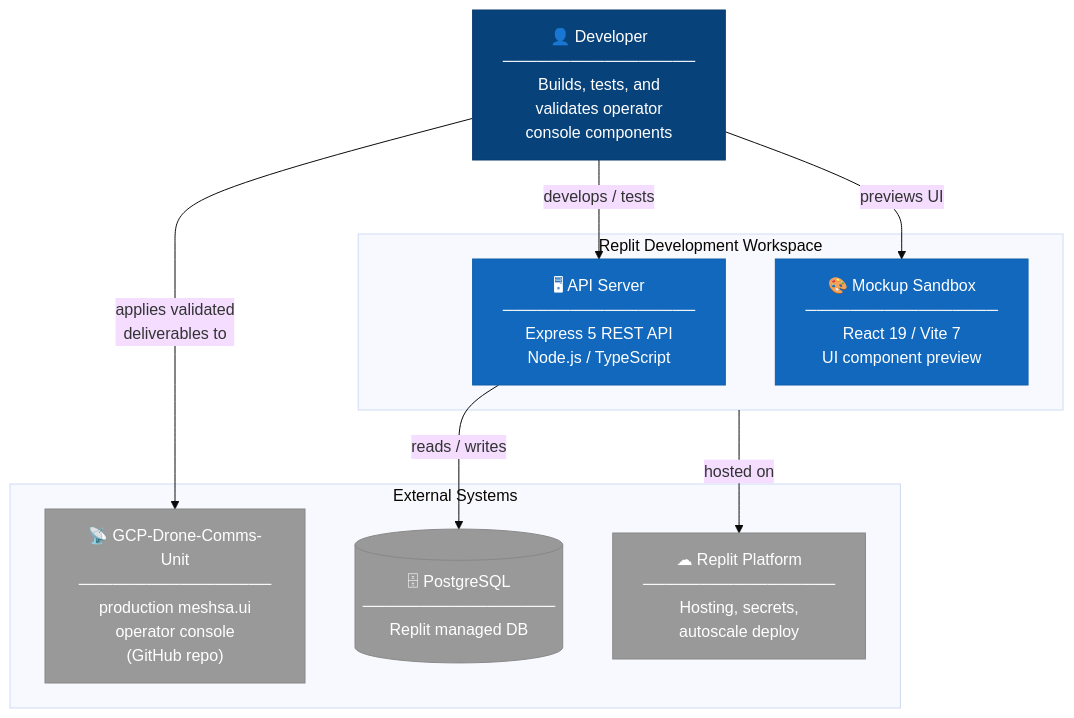
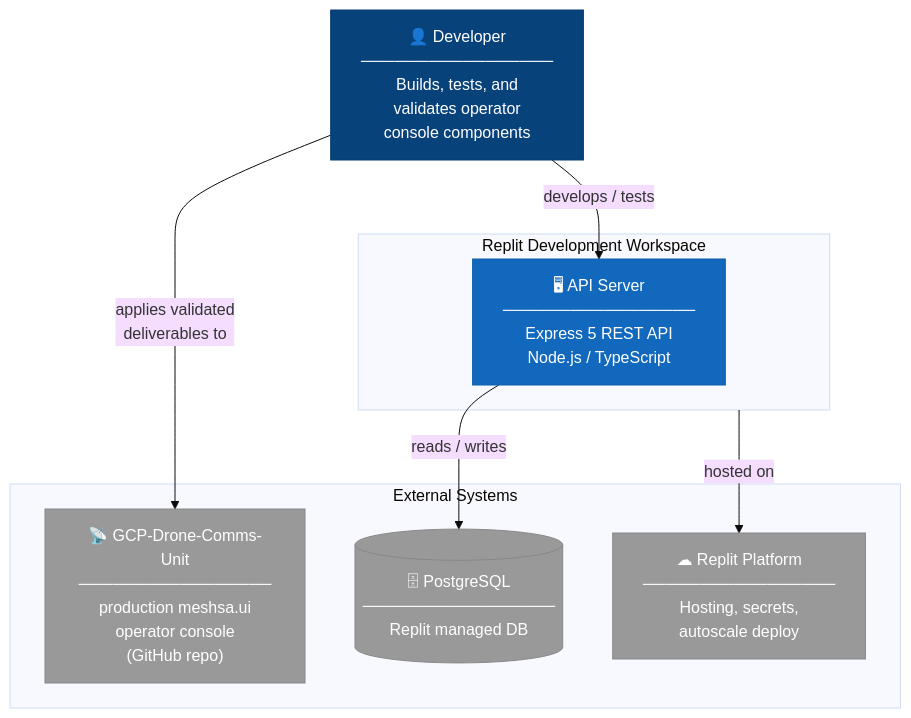
One commit to ianshank/GCP-Drone-Comms-Unit changed the first of 4 diagrams in docs/architecture/TS_WORKSPACE_C4.md. Above: the diagram before and after it, drawn with Mermaid (base theme). The commit also changed other lines of this file and 97 other files, not shown here.

````diff
--- a/docs/architecture/TS_WORKSPACE_C4.md
+++ b/docs/architecture/TS_WORKSPACE_C4.md
@@ -13,29 +18,27 @@
 ```mermaid
 graph TB
     dev["👤 Developer\n─────────────────\nBuilds, tests, and\nvalidates operator\nconsole components"]
 
     subgraph workspace["Replit Development Workspace"]
         api["🖥 API Server\n─────────────────\nExpress 5 REST API\nNode.js / TypeScript"]
-        sandbox["🎨 Mockup Sandbox\n─────────────────\nReact 19 / Vite 7\nUI component preview"]
     end
 
     subgraph external["External Systems"]
         drone["📡 GCP-Drone-Comms-Unit\n─────────────────\nproduction meshsa.ui\noperator console\n(GitHub repo)"]
         db[("🗄 PostgreSQL\n─────────────────\nReplit managed DB")]
         replit["☁ Replit Platform\n─────────────────\nHosting, secrets,\nautoscale deploy"]
     end
 
     dev -->|"develops / tests"| api
-    dev -->|"previews UI"| sandbox
     dev -->|"applies validated\ndeliverables to"| drone
     api -->|"reads / writes"| db
     workspace -->|"hosted on"| replit
 
     classDef person fill:#08427b,color:#fff,stroke:#073b6f
     classDef system fill:#1168bd,color:#fff,stroke:#0e5fa8
     classDef external fill:#999,color:#fff,stroke:#888
 
     class dev person
-    class api,sandbox system
+    class api system
     class drone,db,replit external
 ```
````
